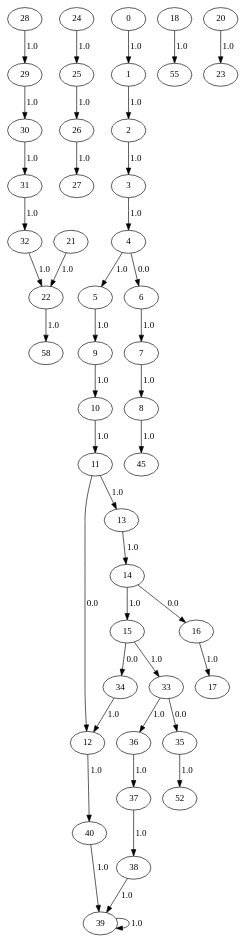
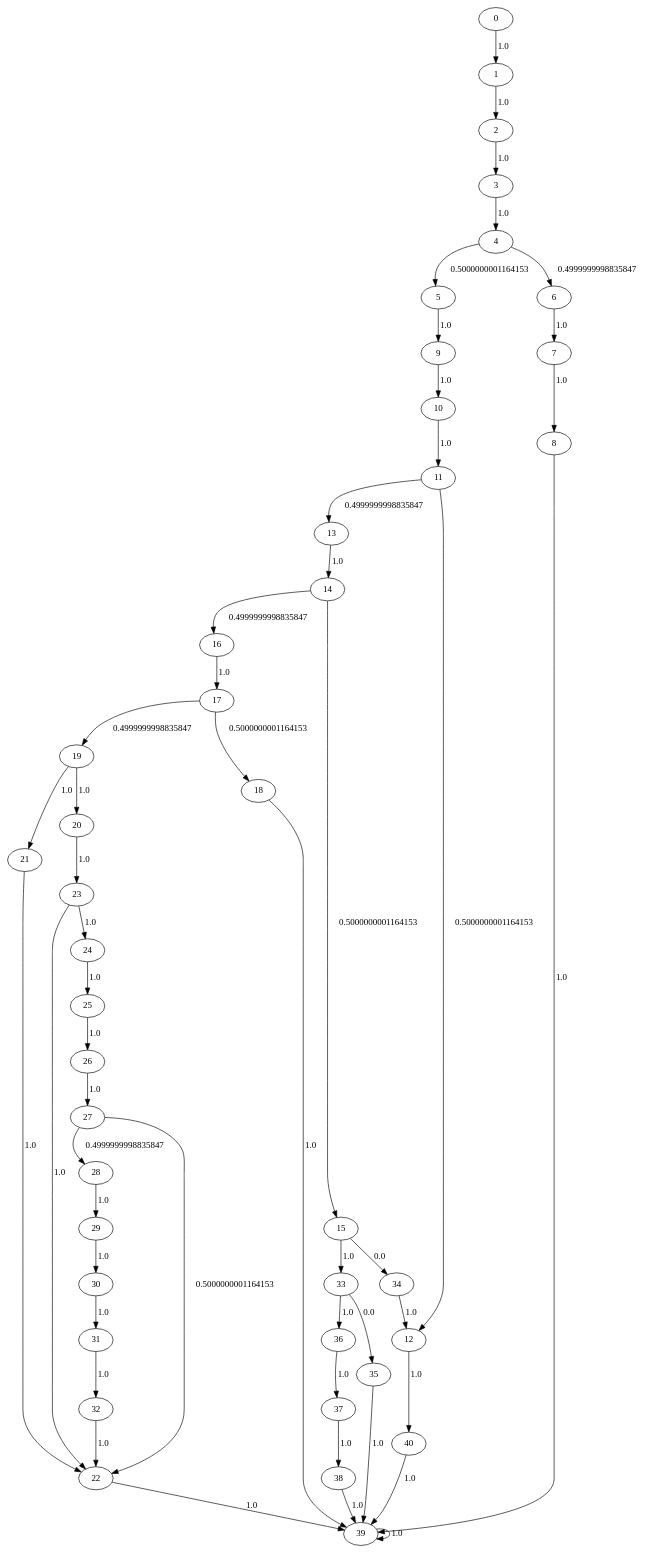
One commit to seemantasaha/DependencyAnalysis changed the diagram in LMain_runBellmanFord.dot. Above: the diagram before and after it, drawn with Graphviz. The commit also changed 55 other files, not shown here.

```diff
--- a/LMain_runBellmanFord.dot
+++ b/LMain_runBellmanFord.dot
@@ -1,44 +1,52 @@
 digraph {
-	22 -> 58[label= "1.0"];
+	22 -> 39[label= "1.0"];
+	23 -> 22[label= "1.0"];
+	23 -> 24[label= "1.0"];
 	24 -> 25[label= "1.0"];
 	25 -> 26[label= "1.0"];
 	26 -> 27[label= "1.0"];
+	27 -> 22[label= "0.5000000001164153"];
+	27 -> 28[label= "0.4999999998835847"];
 	28 -> 29[label= "1.0"];
 	29 -> 30[label= "1.0"];
 	30 -> 31[label= "1.0"];
 	31 -> 32[label= "1.0"];
 	10 -> 11[label= "1.0"];
 	32 -> 22[label= "1.0"];
-	11 -> 12[label= "0.0"];
-	11 -> 13[label= "1.0"];
+	11 -> 12[label= "0.5000000001164153"];
+	11 -> 13[label= "0.4999999998835847"];
 	33 -> 35[label= "0.0"];
 	33 -> 36[label= "1.0"];
 	34 -> 12[label= "1.0"];
 	12 -> 40[label= "1.0"];
 	13 -> 14[label= "1.0"];
-	35 -> 52[label= "1.0"];
-	14 -> 15[label= "1.0"];
-	14 -> 16[label= "0.0"];
+	35 -> 39[label= "1.0"];
+	14 -> 15[label= "0.5000000001164153"];
+	14 -> 16[label= "0.4999999998835847"];
 	36 -> 37[label= "1.0"];
 	15 -> 33[label= "1.0"];
 	15 -> 34[label= "0.0"];
 	37 -> 38[label= "1.0"];
 	16 -> 17[label= "1.0"];
 	38 -> 39[label= "1.0"];
+	17 -> 18[label= "0.5000000001164153"];
+	17 -> 19[label= "0.4999999998835847"];
 	39 -> 39[label= "1.0"];
-	18 -> 55[label= "1.0"];
+	18 -> 39[label= "1.0"];
+	19 -> 20[label= "1.0"];
+	19 -> 21[label= "1.0"];
 	0 -> 1[label= "1.0"];
 	1 -> 2[label= "1.0"];
 	2 -> 3[label= "1.0"];
 	3 -> 4[label= "1.0"];
-	4 -> 5[label= "1.0"];
-	4 -> 6[label= "0.0"];
+	4 -> 5[label= "0.5000000001164153"];
+	4 -> 6[label= "0.4999999998835847"];
 	5 -> 9[label= "1.0"];
 	6 -> 7[label= "1.0"];
 	7 -> 8[label= "1.0"];
-	8 -> 45[label= "1.0"];
+	8 -> 39[label= "1.0"];
 	9 -> 10[label= "1.0"];
 	40 -> 39[label= "1.0"];
 	20 -> 23[label= "1.0"];
 	21 -> 22[label= "1.0"];
 }
```
